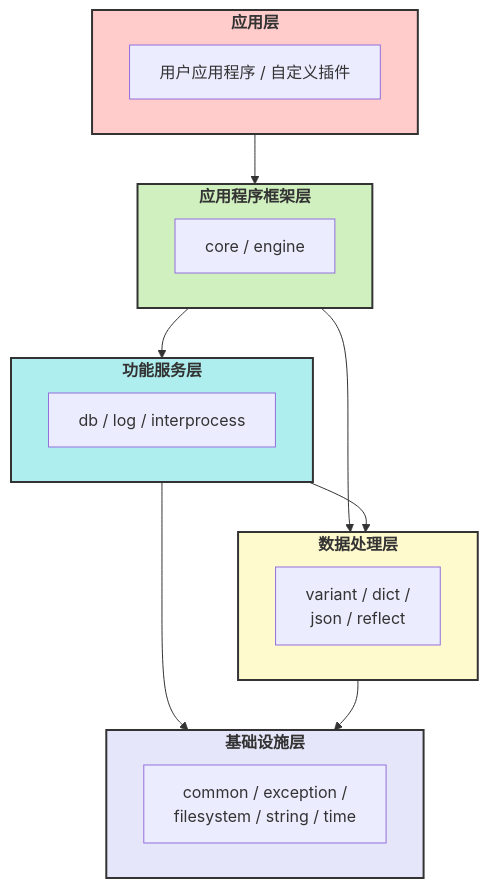
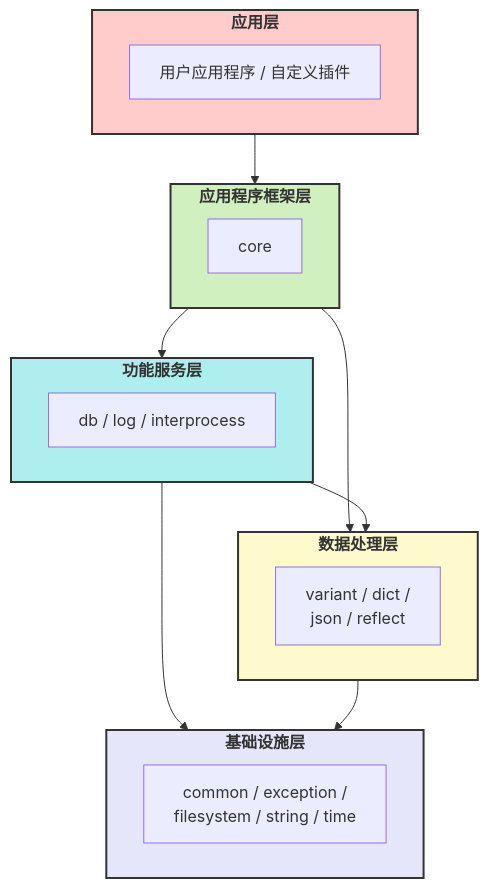
One commit to RobertJYang/libmcpp changed the first of 5 diagrams in docs/1.overview.md. Above: the diagram before and after it, drawn with Mermaid. The commit also changed other lines of this file and 9 other files, not shown here.

````diff
--- a/docs/1.overview.md
+++ b/docs/1.overview.md
@@ -17,49 +17,49 @@
 ```mermaid
 graph TB
     %% 定义样式
     classDef layer fill:#f9f9f9,stroke:#333,stroke-width:2px
     
     %% 使用子图来表示各层
     subgraph SG5[应用层]
         direction LR
         APP[用户应用程序 / 自定义插件]
     end
     
     subgraph SG4[应用程序框架层]
         direction LR
-        FRAMEWORK[core / engine]
+        FRAMEWORK[core]
     end
     
     subgraph SG3[功能服务层]
         direction LR
         SERVICES[db / log / interprocess]
     end
     
     subgraph SG2[数据处理层]
         direction LR
         DATA[variant / dict /
         json / reflect ]
     end
     
     subgraph SG1[基础设施层]
         direction LR
         INFRA[common / exception / 
         filesystem / string / time]
     end
     
     %% 层次之间的依赖关系
     SG5 --> SG4
     SG4 --> SG3 & SG2
     SG3 --> SG2 & SG1
     SG2 --> SG1
     
     %% 子图样式
     class SG5,SG4,SG3,SG2,SG1 layer
     
     %% 样式重写
     style SG5 fill:#ffcccb,color:#333,font-weight:bold
     style SG4 fill:#d0f0c0,color:#333,font-weight:bold
     style SG3 fill:#afeeee,color:#333,font-weight:bold
     style SG2 fill:#fffacd,color:#333,font-weight:bold
     style SG1 fill:#e6e6fa,color:#333,font-weight:bold
 ```
````
